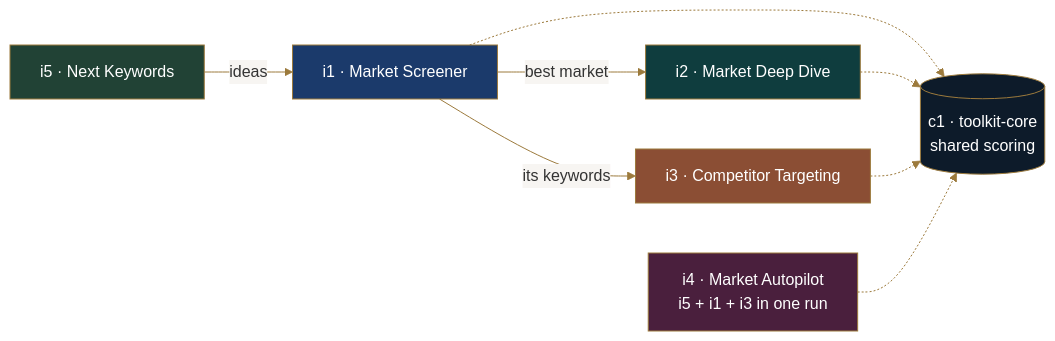
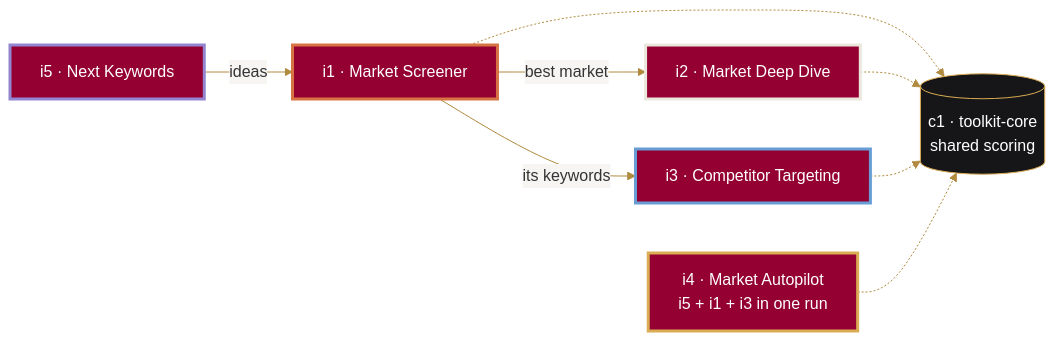
The diagram in README.md (Mohib-Ur-Rehman-automation/amazon-toolkit), drawn with Mermaid before and after one commit. The commit also changed other lines of this file and 33 other files, not shown here.

````diff
--- a/README.md
+++ b/README.md
@@ -19,20 +19,20 @@
 ```mermaid
-%%{init: {'theme':'base','themeVariables':{'fontFamily':'Georgia, serif','lineColor':'#9C7A3C','textColor':'#1f2328','edgeLabelBackground':'#f7f5f2'}}}%%
+%%{init: {'theme':'base','themeVariables':{'fontFamily':'Georgia, serif','lineColor':'#B08A3E','textColor':'#1f2328','edgeLabelBackground':'#f7f5f2'}}}%%
 flowchart LR
   I5["i5 · Next Keywords"] -- ideas --> I1["i1 · Market Screener"]
   I1 -- best market --> I2["i2 · Market Deep Dive"]
   I1 -- its keywords --> I3["i3 · Competitor Targeting"]
   I4["i4 · Market Autopilot<br/>i5 + i1 + i3 in one run"]
   C1[("c1 · toolkit-core<br/>shared scoring")]
   I1 -.-> C1
   I2 -.-> C1
   I3 -.-> C1
   I4 -.-> C1
-  classDef i1 fill:#1B3A6B,stroke:#9C7A3C,color:#fff;
-  classDef i2 fill:#0F3D3E,stroke:#9C7A3C,color:#fff;
-  classDef i3 fill:#8B4E34,stroke:#9C7A3C,color:#fff;
-  classDef i4 fill:#4A1F3D,stroke:#9C7A3C,color:#fff;
-  classDef i5 fill:#214235,stroke:#9C7A3C,color:#fff;
-  classDef core fill:#0D1B2A,stroke:#9C7A3C,color:#fff;
+  classDef i1 fill:#930031,stroke:#D77343,stroke-width:3px,color:#fff;
+  classDef i2 fill:#930031,stroke:#ECE7DD,stroke-width:3px,color:#fff;
+  classDef i3 fill:#930031,stroke:#679DD4,stroke-width:3px,color:#fff;
+  classDef i4 fill:#930031,stroke:#DAAC53,stroke-width:3px,color:#fff;
+  classDef i5 fill:#930031,stroke:#9485D0,stroke-width:3px,color:#fff;
+  classDef core fill:#161618,stroke:#DAAC53,color:#fff;
   class I1 i1; class I2 i2; class I3 i3; class I4 i4; class I5 i5; class C1 core;
 ```
````
